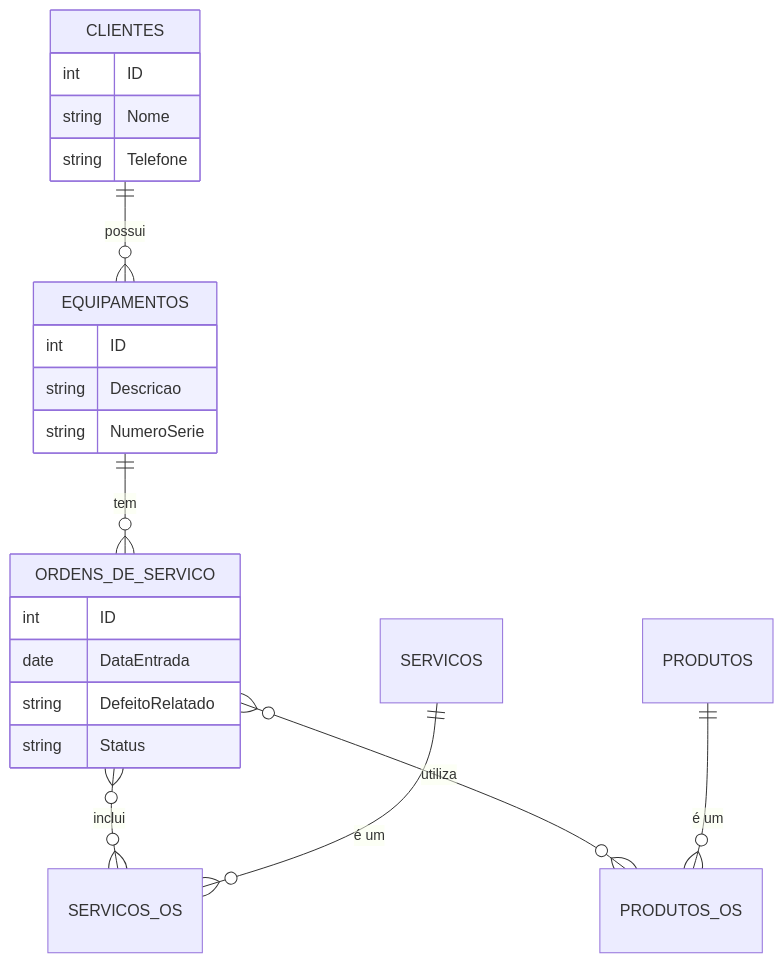
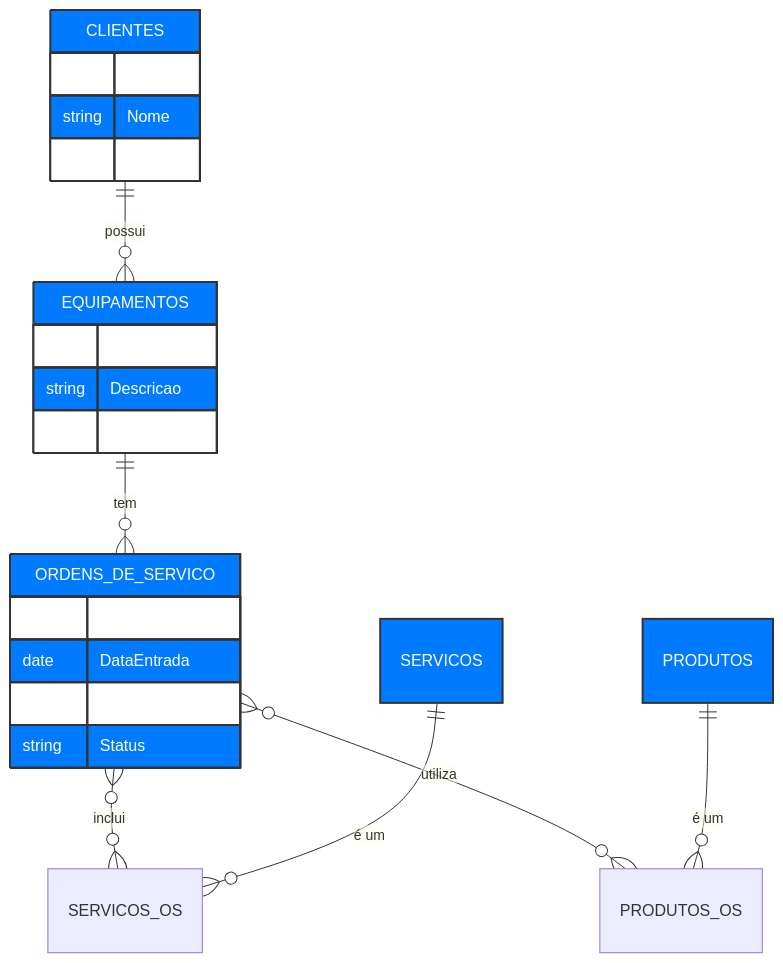
Before and after one commit to Naasso/Sistema-de-Gest-o-Empresarial-Full-Stack: the second of 3 diagrams in README.md, drawn with Mermaid. The commit also changed other lines of this file, not shown here.

````diff
--- a/README.md
+++ b/README.md
@@ -118,36 +118,36 @@
 ```mermaid
 erDiagram
     CLIENTES ||--o{ EQUIPAMENTOS : "possui"
     EQUIPAMENTOS ||--o{ ORDENS_DE_SERVICO : "tem"
     
     ORDENS_DE_SERVICO }o--o{ SERVICOS_OS : "inclui"
     SERVICOS ||--o{ SERVICOS_OS : "é um"
 
     ORDENS_DE_SERVICO }o--o{ PRODUTOS_OS : "utiliza"
     PRODUTOS ||--o{ PRODUTOS_OS : "é um"
 
     CLIENTES {
         int ID
         string Nome
         string Telefone
     }
     EQUIPAMENTOS {
         int ID
         string Descricao
         string NumeroSerie
     }
     ORDENS_DE_SERVICO {
         int ID
         date DataEntrada
         string DefeitoRelatado
         string Status
     }
 
     %% Definição de Estilos Corrigida
-    %%classDef mainEntity fill:#007bff,stroke:#333,stroke-width:2px,color:white,headerBkg:#007bff,headerColor:white,oddBkg:#ffffff,evenBkg:#ffffff
+    classDef mainEntity fill:#007bff,stroke:#333,stroke-width:2px,color:white,headerBkg:#007bff,headerColor:white,oddBkg:#ffffff,evenBkg:#ffffff
     %%classDef linkingEntity fill:#f2f2f2,stroke:#333,stroke-width:1px,color:black
 
     %% Aplicação dos Estilos
-    %%class CLIENTES,EQUIPAMENTOS,ORDENS_DE_SERVICO,SERVICOS,PRODUTOS mainEntity
+    class CLIENTES,EQUIPAMENTOS,ORDENS_DE_SERVICO,SERVICOS,PRODUTOS mainEntity
     %%class SERVICOS_OS,PRODUTOS_OS linkingEntity
 ```
````
